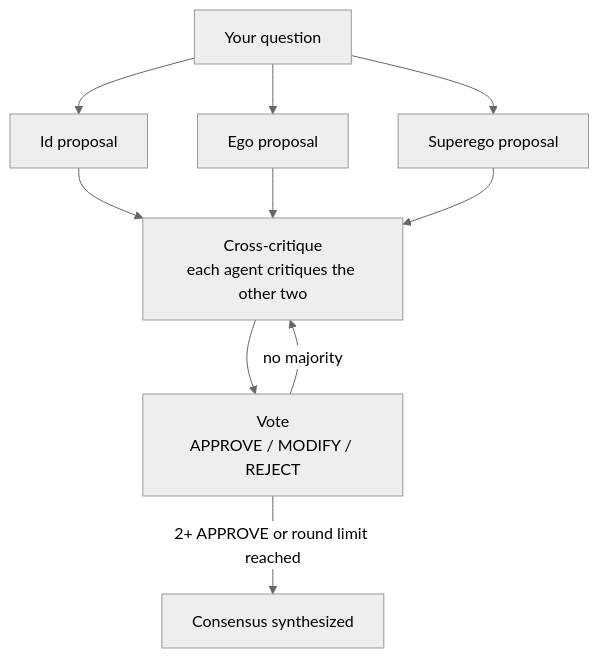
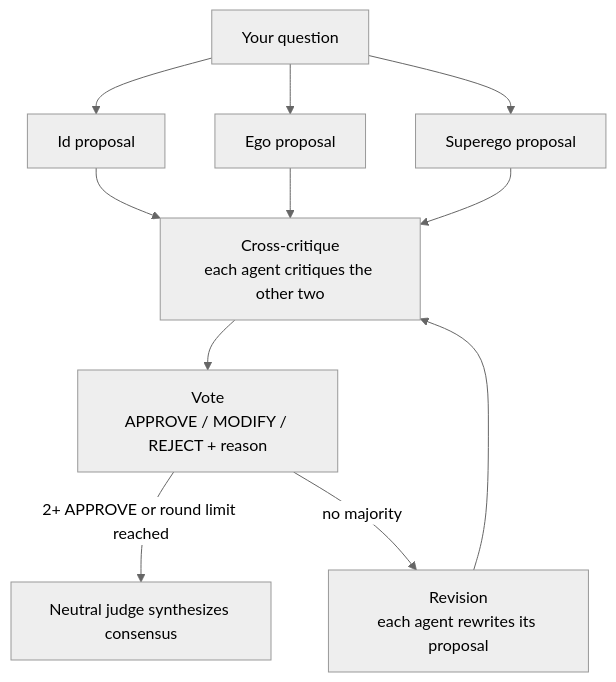
Before and after one commit to TheJohn01/TRIAD-Decision-Engine: the diagram in README.md, drawn with Mermaid (neutral theme). The commit also changed other lines of this file and 2 other files, not shown here.

````diff
--- a/README.md
+++ b/README.md
@@ -21,12 +21,13 @@
 ```mermaid
 flowchart TD
     Q[Your question] --> I[Id proposal]
     Q --> E[Ego proposal]
     Q --> S[Superego proposal]
     I --> C[Cross-critique<br/>each agent critiques the other two]
     E --> C
     S --> C
-    C --> V[Vote<br/>APPROVE / MODIFY / REJECT]
-    V -->|2+ APPROVE or round limit reached| F[Consensus synthesized]
-    V -->|no majority| C
+    C --> V[Vote<br/>APPROVE / MODIFY / REJECT + reason]
+    V -->|2+ APPROVE or round limit reached| F[Neutral judge synthesizes consensus]
+    V -->|no majority| R[Revision<br/>each agent rewrites its proposal]
+    R --> C
 ```
````
